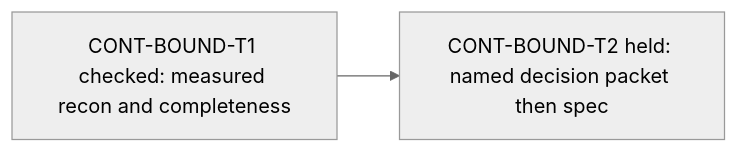
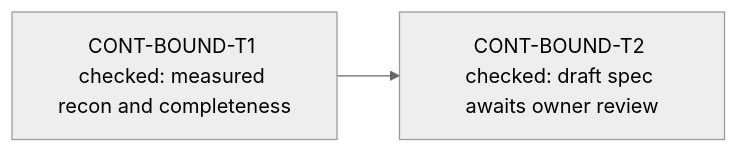
Before and after one commit to dm-uy/galaxica-sombrero: the first of 7 diagrams in examples/pm-project/ROADMAP.md, drawn with Mermaid (neutral theme). The commit also changed other lines of this file and 15 other files, not shown here.

````diff
--- a/examples/pm-project/ROADMAP.md
+++ b/examples/pm-project/ROADMAP.md
@@ -7,4 +7,4 @@
 ```mermaid
 flowchart LR
-  CB1["CONT-BOUND-T1 checked: measured recon and completeness"] --> CB2["CONT-BOUND-T2 held: named decision packet then spec"]
+  CB1["CONT-BOUND-T1 checked: measured recon and completeness"] --> CB2["CONT-BOUND-T2 checked: draft spec awaits owner review"]
 ```
````
